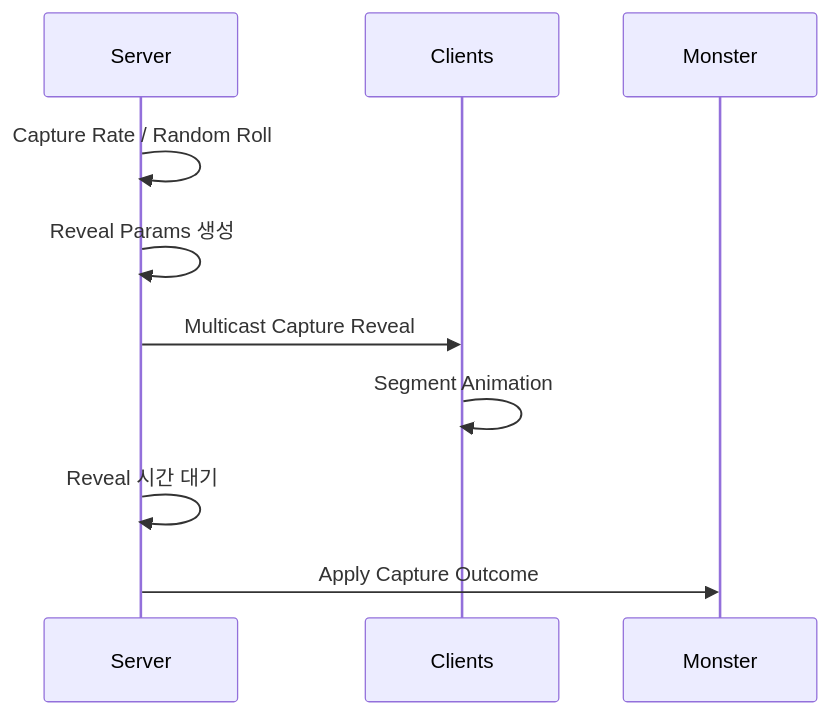
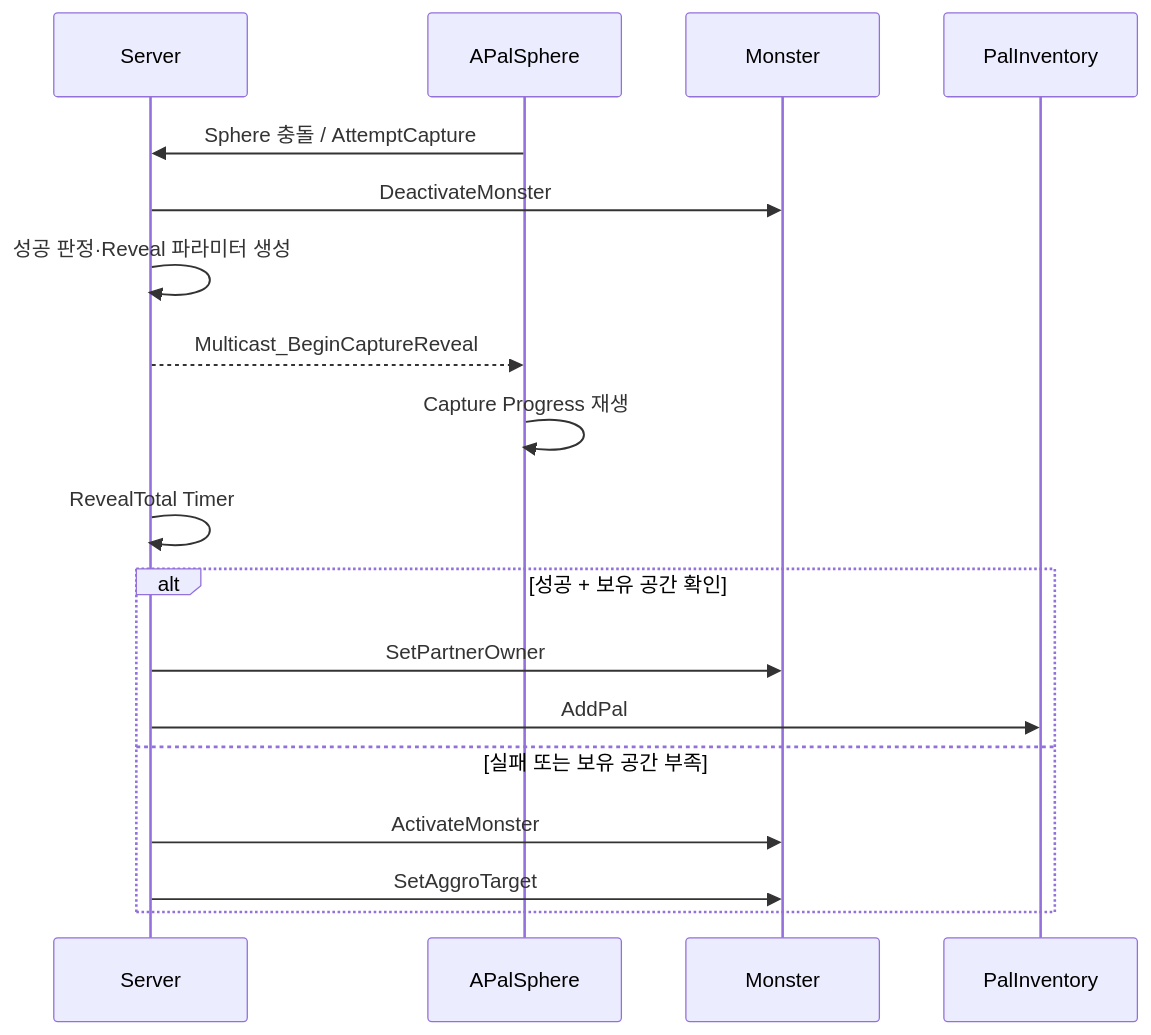
One commit to chungheonLee0325/Sonheim changed the second of 2 diagrams in Doc/Wiki/08_Pal_Capture_Partner_Lifecycle.md. Above: the diagram before and after it, drawn with Mermaid. The commit also changed other lines of this file, not shown here.

Commit message:
docs: focus Pal lifecycle on capture outcome, retained monster actor and partner behavior

```diff
--- a/Doc/Wiki/08_Pal_Capture_Partner_Lifecycle.md
+++ b/Doc/Wiki/08_Pal_Capture_Partner_Lifecycle.md
@@ -138,13 +126,21 @@
 ~~~mermaid
 sequenceDiagram
     participant S as Server
-    participant C as Clients
+    participant P as APalSphere
     participant M as Monster
+    participant I as PalInventory
 
-    S->>S: Capture Rate / Random Roll
-    S->>S: Reveal Params 생성
-    S->>C: Multicast Capture Reveal
-    C->>C: Segment Animation
-    S->>S: Reveal 시간 대기
-    S->>M: Apply Capture Outcome
+    P->>S: Sphere 충돌 / AttemptCapture
+    S->>M: DeactivateMonster
+    S->>S: 성공 판정·Reveal 파라미터 생성
+    S-->>P: Multicast_BeginCaptureReveal
+    P->>P: Capture Progress 재생
+    S->>S: RevealTotal Timer
+    alt 성공 + 보유 공간 확인
+        S->>M: SetPartnerOwner
+        S->>I: AddPal
+    else 실패 또는 보유 공간 부족
+        S->>M: ActivateMonster
+        S->>M: SetAggroTarget
+    end
 ~~~
```
